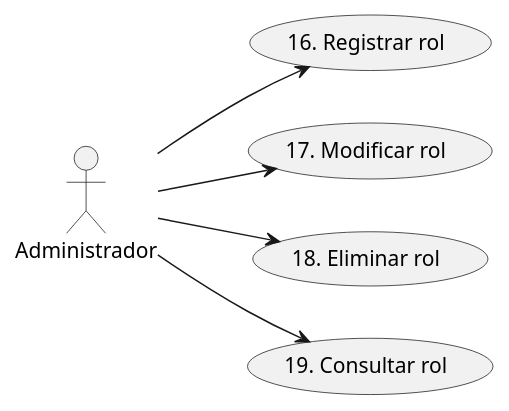
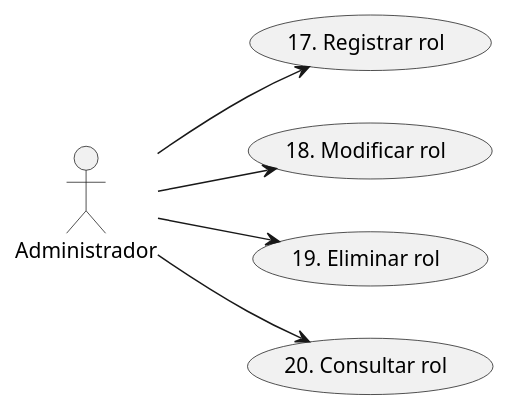
The third of 8 diagrams in Modelado/DiagramasCU.plantuml (ciggyx/Task_Flow), drawn with PlantUML before and after one commit. The commit also changed other lines of this file and 1 other file, not shown here.

Commit message:
chore(diagrama-cu): actualizado los cu + diagrama de estados de amistad

```diff
--- a/Modelado/DiagramasCU.plantuml
+++ b/Modelado/DiagramasCU.plantuml
@@ -43,8 +44,8 @@
 @startuml CU_Administración_Roles
 left to right direction
 actor :Administrador: as A
-A --> (16. Registrar rol)
-A --> (17. Modificar rol)
-A --> (18. Eliminar rol)
-A --> (19. Consultar rol)
+A --> (17. Registrar rol)
+A --> (18. Modificar rol)
+A --> (19. Eliminar rol)
+A --> (20. Consultar rol)
 @enduml
```
